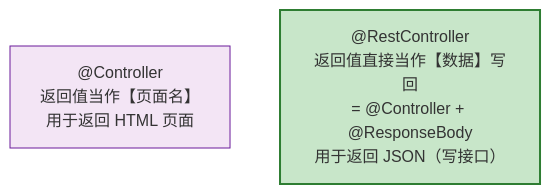
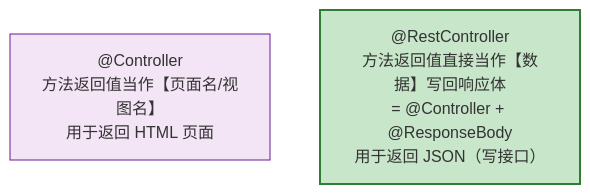
The fourth of 17 diagrams in spring-boot-3.5-学习资料/06-Web开发-Controller与RESTful.md (zerioo1970/summary), drawn with Mermaid before and after one commit. The commit also changed other lines of this file and 1 other file, not shown here.

````diff
--- a/spring-boot-3.5-学习资料/06-Web开发-Controller与RESTful.md
+++ b/spring-boot-3.5-学习资料/06-Web开发-Controller与RESTful.md
@@ -35,8 +104,8 @@
 ```mermaid
 flowchart TD
-    A["@Controller<br/>返回值当作【页面名】<br/>用于返回 HTML 页面"] 
-    B["@RestController<br/>返回值直接当作【数据】写回<br/>= @Controller + @ResponseBody<br/>用于返回 JSON（写接口）"]
+    A["@Controller<br/>方法返回值当作【页面名/视图名】<br/>用于返回 HTML 页面"]
+    B["@RestController<br/>方法返回值直接当作【数据】写回响应体<br/>= @Controller + @ResponseBody<br/>用于返回 JSON（写接口）"]
 
     style A fill:#f3e5f5,stroke:#6a1b9a
     style B fill:#c8e6c9,stroke:#2e7d32,stroke-width:2px
 ```
````
